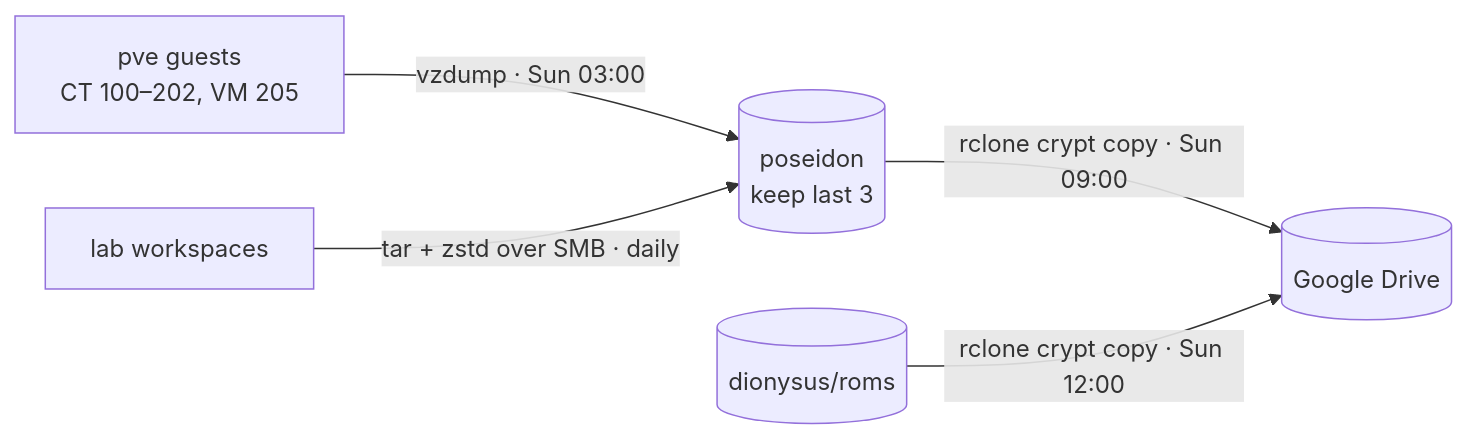
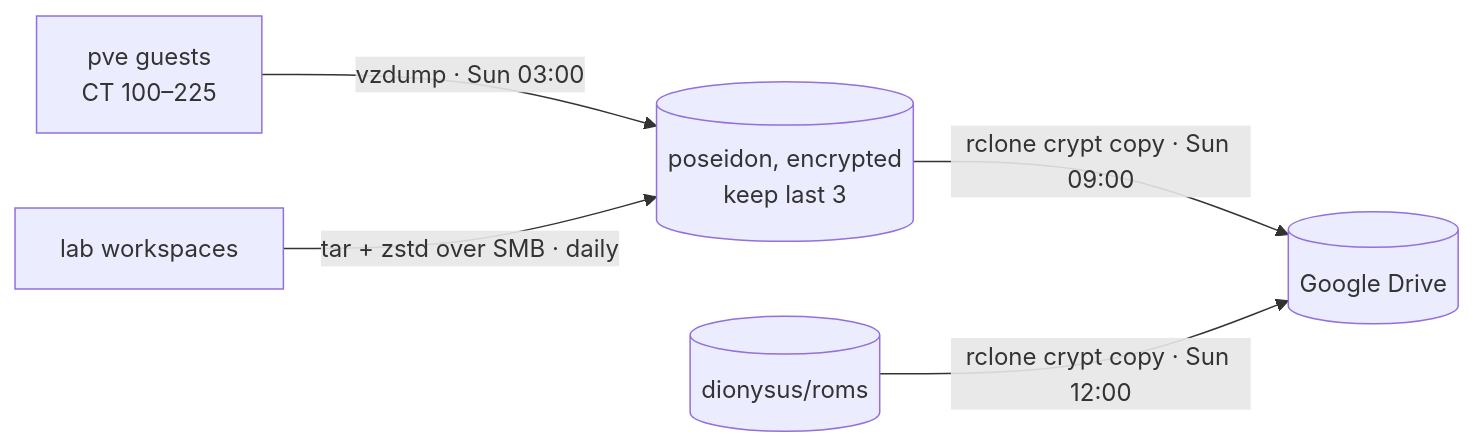
The diagram in backups/README.md (mateuspim/homelab), drawn with Mermaid before and after one commit. The commit also changed other lines of this file and 47 other files, not shown here.

````diff
--- a/backups/README.md
+++ b/backups/README.md
@@ -5,7 +5,7 @@
 ```mermaid
 flowchart LR
-    G[pve guests<br/>CT 100–202, VM 205] -- "vzdump · Sun 03:00" --> P[(poseidon<br/>keep last 3)]
+    G[pve guests<br/>CT 100–225] -- "vzdump · Sun 03:00" --> P[(poseidon, encrypted<br/>keep last 3)]
     L[lab workspaces] -- "tar + zstd over SMB · daily" --> P
     P -- "rclone crypt copy · Sun 09:00" --> D[(Google Drive)]
     R[(dionysus/roms)] -- "rclone crypt copy · Sun 12:00" --> D
 ```
````
